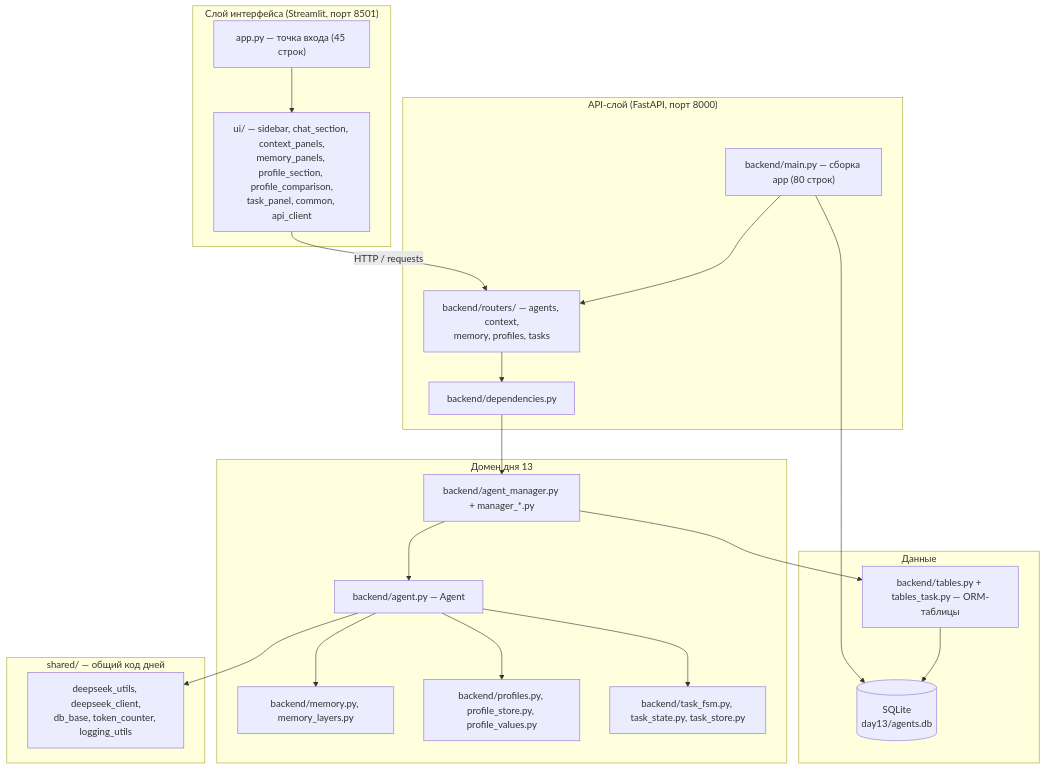
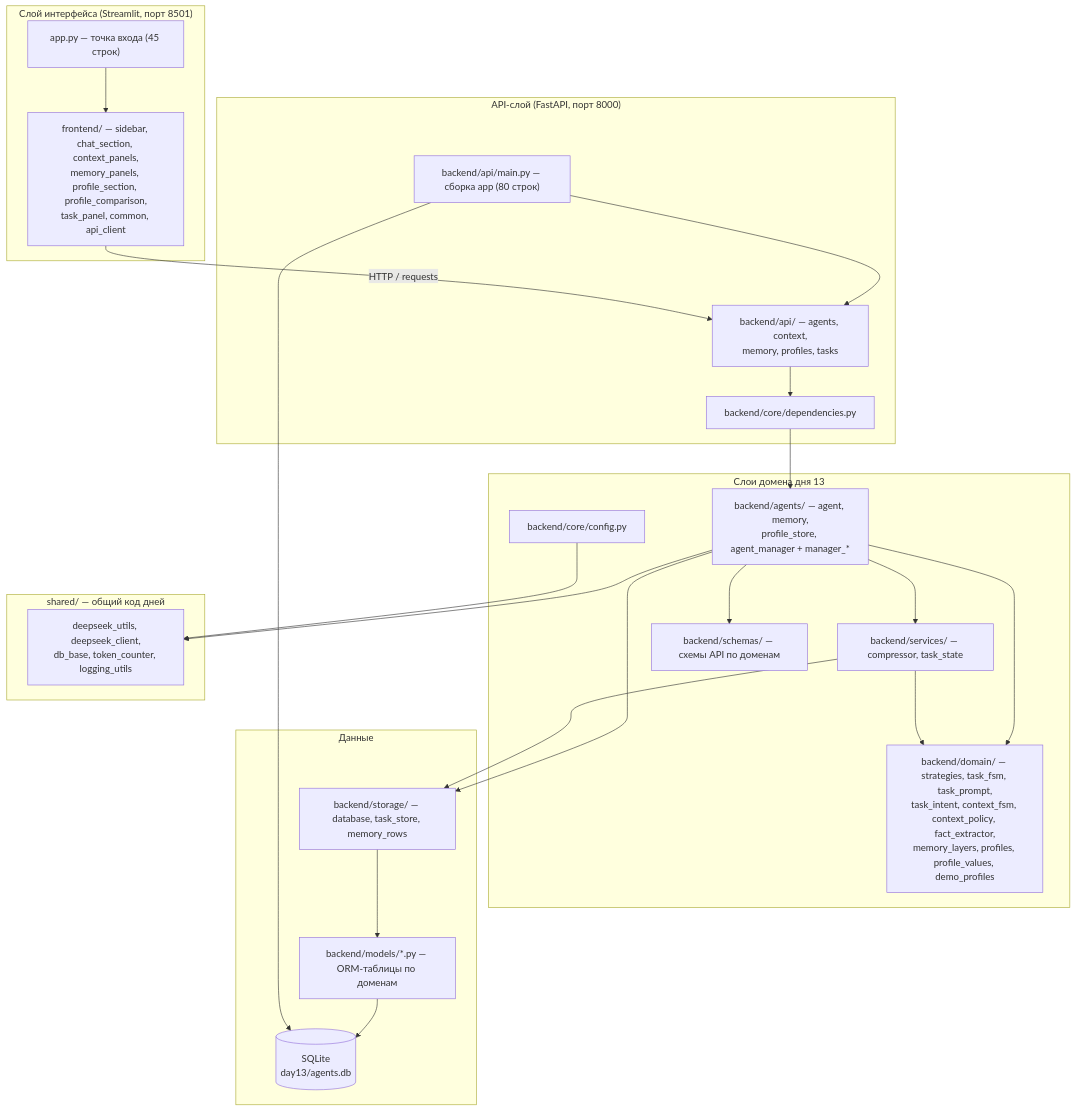
Before and after one commit to ilushkius/ai-advent-challenge: the diagram in docs/architecture.md, drawn with Mermaid. The commit also changed other lines of this file and 183 other files, not shown here.

````diff
--- a/docs/architecture.md
+++ b/docs/architecture.md
@@ -32,37 +35,41 @@
 ```mermaid
 flowchart TB
     subgraph L1["Слой интерфейса (Streamlit, порт 8501)"]
         APP["app.py — точка входа (45 строк)"]
-        UI["ui/ — sidebar, chat_section, context_panels,<br/>memory_panels, profile_section, profile_comparison,<br/>task_panel, common, api_client"]
+        UI["frontend/ — sidebar, chat_section, context_panels,<br/>memory_panels, profile_section, profile_comparison,<br/>task_panel, common, api_client"]
         APP --> UI
     end
     subgraph L2["API-слой (FastAPI, порт 8000)"]
-        MAIN["backend/main.py — сборка app (80 строк)"]
-        ROUTERS["backend/routers/ — agents, context,<br/>memory, profiles, tasks"]
-        DEPS["backend/dependencies.py"]
+        MAIN["backend/api/main.py — сборка app (80 строк)"]
+        ROUTERS["backend/api/ — agents, context,<br/>memory, profiles, tasks"]
+        DEPS["backend/core/dependencies.py"]
         MAIN --> ROUTERS --> DEPS
     end
-    subgraph L3["Домен дня 13"]
-        AG["backend/agent.py — Agent"]
-        MG["backend/agent_manager.py + manager_*.py"]
-        MEM["backend/memory.py, memory_layers.py"]
-        PROF["backend/profiles.py, profile_store.py, profile_values.py"]
-        TASK["backend/task_fsm.py, task_state.py, task_store.py"]
+    subgraph L3["Слои домена дня 13"]
+        AG["backend/agents/ — agent, memory,<br/>profile_store, agent_manager + manager_*"]
+        SV["backend/services/ — compressor, task_state"]
+        DOM["backend/domain/ — strategies, task_fsm, task_prompt,<br/>task_intent, context_fsm, context_policy, fact_extractor,<br/>memory_layers, profiles, profile_values, demo_profiles"]
+        SCH["backend/schemas/ — схемы API по доменам"]
+        CFG["backend/core/config.py"]
     end
     subgraph L4["Данные"]
-        TAB["backend/tables.py + tables_task.py — ORM-таблицы"]
+        ST["backend/storage/ — database, task_store, memory_rows"]
+        TAB["backend/models/*.py — ORM-таблицы по доменам"]
         DB[("SQLite<br/>day13/agents.db")]
-        TAB --> DB
+        ST --> TAB --> DB
     end
     subgraph L5["shared/ — общий код дней"]
         SH["deepseek_utils, deepseek_client,<br/>db_base, token_counter, logging_utils"]
     end
     UI -->|HTTP / requests| ROUTERS
-    DEPS --> MG --> AG
-    AG --> MEM
-    AG --> PROF
-    AG --> TASK
+    DEPS --> AG
+    AG --> DOM
+    AG --> SV
+    AG --> ST
+    AG --> SCH
     AG --> SH
-    MG --> TAB
+    SV --> ST
+    SV --> DOM
+    CFG --> SH
     MAIN --> DB
 ```
````
